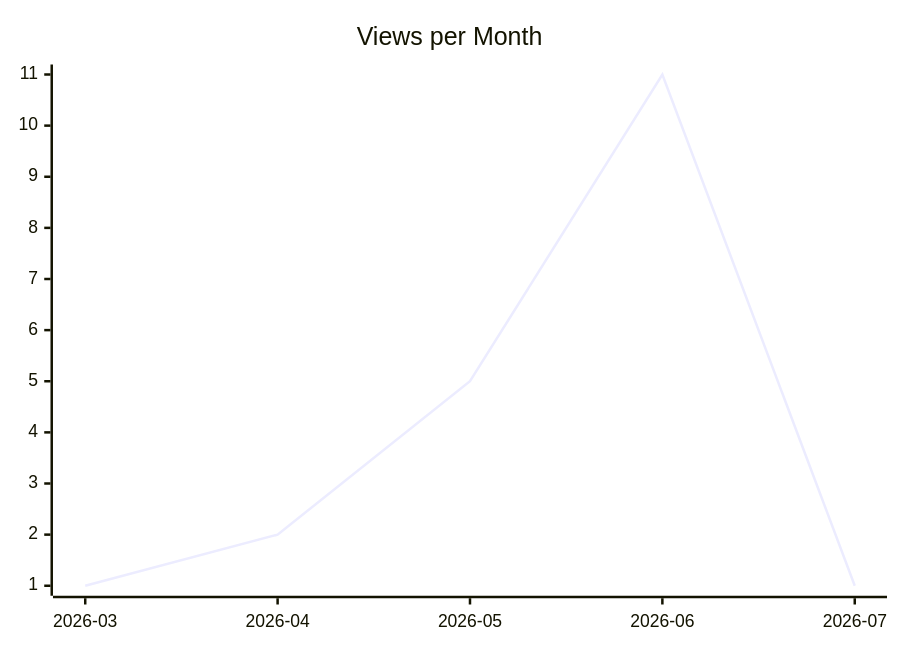
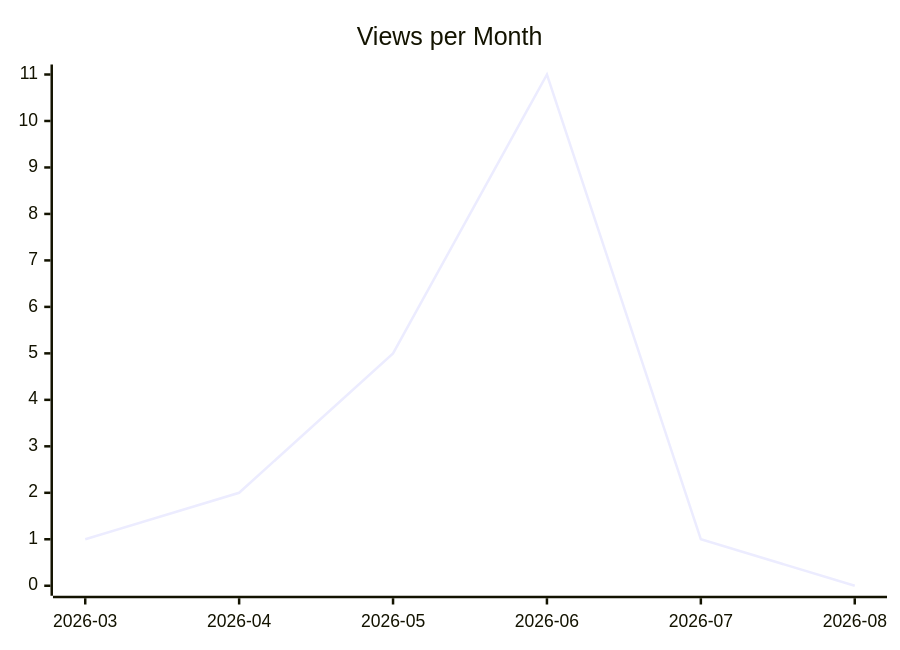
One commit to justdavis-family/github-analytics-data changed the second of 3 diagrams in karlmdavis/justdavis-ansible/README.md. Above: the diagram before and after it, drawn with Mermaid. The commit also changed other lines of this file and 180 other files, not shown here.

````diff
--- a/karlmdavis/justdavis-ansible/README.md
+++ b/karlmdavis/justdavis-ansible/README.md
@@ -12,6 +12,6 @@
 ```mermaid
 xychart-beta
   title "Views per Month"
-  x-axis ["2026-03", "2026-04", "2026-05", "2026-06", "2026-07"]
-  line [1, 2, 5, 11, 1]
+  x-axis ["2026-03", "2026-04", "2026-05", "2026-06", "2026-07", "2026-08"]
+  line [1, 2, 5, 11, 1, 0]
 ```
````
